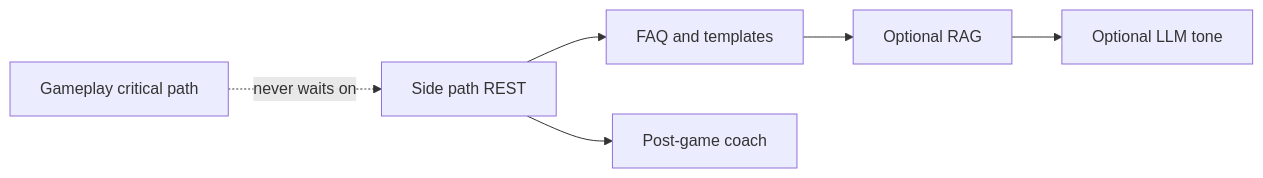
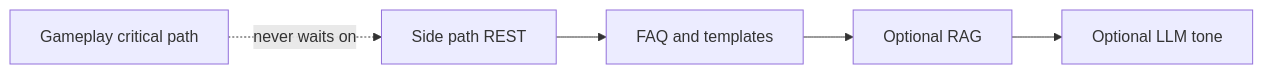
Diagram 17 of 18 in docs/Architecture.md (learnwithsobhit/judgment), drawn with Mermaid before and after one commit. The commit also changed other lines of this file and 80 other files, not shown here.

````diff
--- a/docs/Architecture.md
+++ b/docs/Architecture.md
@@ -527,13 +527,11 @@
 ```mermaid
 flowchart LR
   gameplay[Gameplay critical path]
   side[Side path REST]
   faq[FAQ and templates]
   ragOpt[Optional RAG]
   llmOpt[Optional LLM tone]
-  coach[Post-game coach]
 
   gameplay -.->|never waits on| side
   side --> faq --> ragOpt --> llmOpt
-  side --> coach
 ```
````
